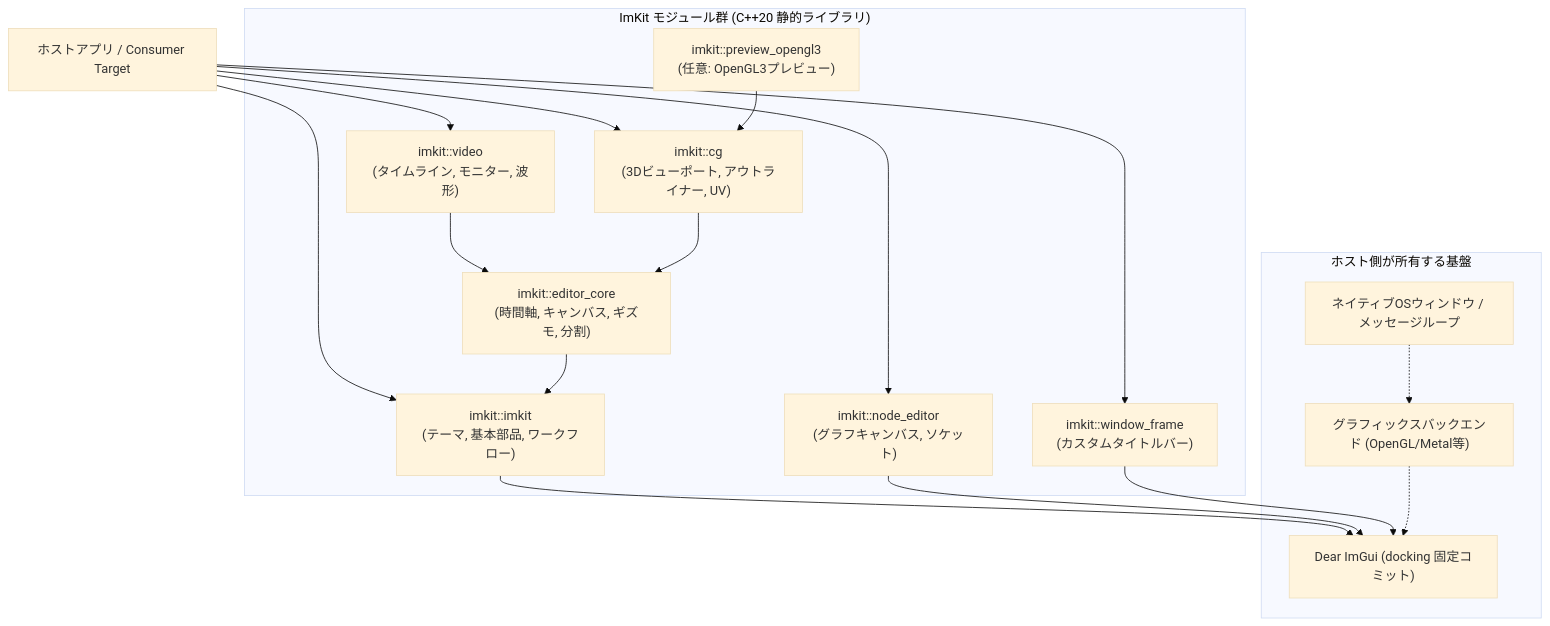
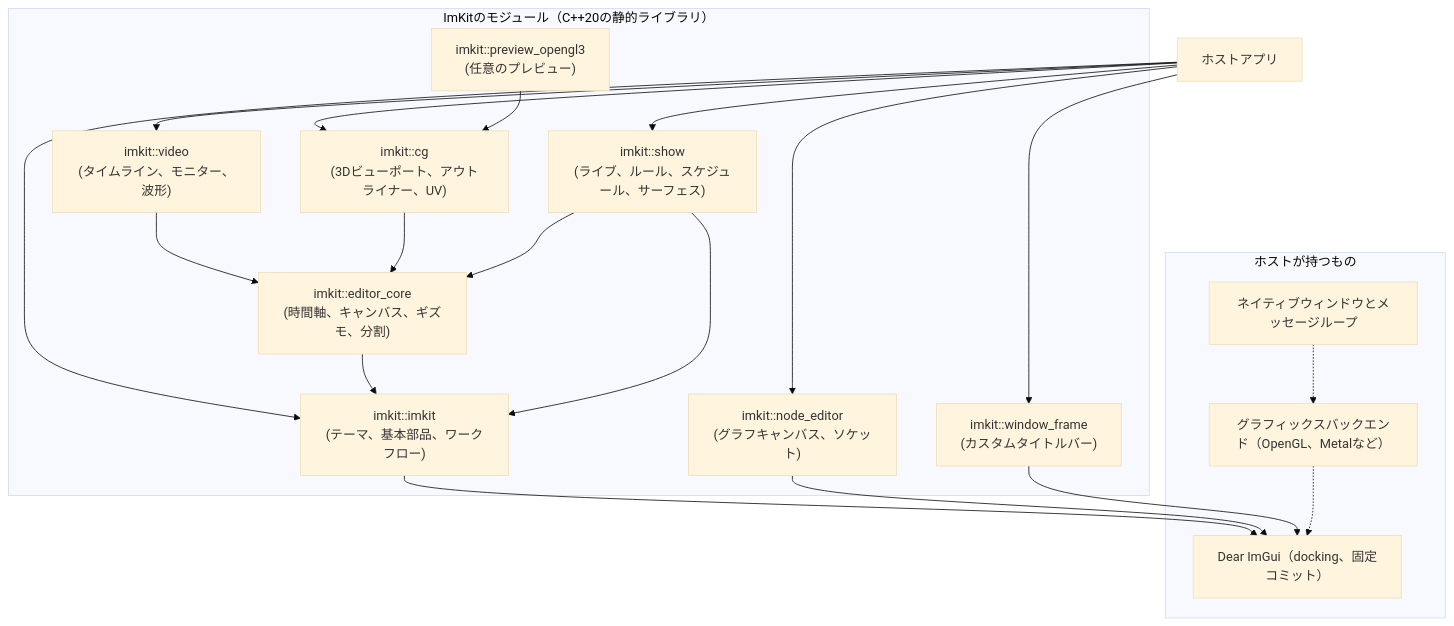
Before and after one commit to AokiMotohide/imgui-modern-kit: the diagram in docs/architecture/アーキテクチャ.md, drawn with Mermaid (base theme). The commit also changed other lines of this file and 122 other files, not shown here.

````diff
--- a/docs/architecture/アーキテクチャ.md
+++ b/docs/architecture/アーキテクチャ.md
@@ -14,37 +11,41 @@
 ```mermaid
 graph TD
-    Consumer["ホストアプリ / Consumer Target"]
+    Consumer["ホストアプリ"]
 
-    subgraph ImKit["ImKit モジュール群 (C++20 静的ライブラリ)"]
-        Core["imkit::imkit<br/>(テーマ, 基本部品, ワークフロー)"]
-        EditorCore["imkit::editor_core<br/>(時間軸, キャンバス, ギズモ, 分割)"]
-        Video["imkit::video<br/>(タイムライン, モニター, 波形)"]
-        CG["imkit::cg<br/>(3Dビューポート, アウトライナー, UV)"]
-        NodeEditor["imkit::node_editor<br/>(グラフキャンバス, ソケット)"]
+    subgraph ImKit["ImKitのモジュール（C++20の静的ライブラリ）"]
+        Core["imkit::imkit<br/>(テーマ、基本部品、ワークフロー)"]
+        EditorCore["imkit::editor_core<br/>(時間軸、キャンバス、ギズモ、分割)"]
+        Video["imkit::video<br/>(タイムライン、モニター、波形)"]
+        CG["imkit::cg<br/>(3Dビューポート、アウトライナー、UV)"]
+        NodeEditor["imkit::node_editor<br/>(グラフキャンバス、ソケット)"]
+        Show["imkit::show<br/>(ライブ、ルール、スケジュール、サーフェス)"]
         WindowFrame["imkit::window_frame<br/>(カスタムタイトルバー)"]
-        PreviewGL["imkit::preview_opengl3<br/>(任意: OpenGL3プレビュー)"]
+        PreviewGL["imkit::preview_opengl3<br/>(任意のプレビュー)"]
     end
 
-    subgraph HostOwned["ホスト側が所有する基盤"]
-        ImGui["Dear ImGui (docking 固定コミット)"]
-        Backend["グラフィックスバックエンド (OpenGL/Metal等)"]
-        OS["ネイティブOSウィンドウ / メッセージループ"]
+    subgraph HostOwned["ホストが持つもの"]
+        ImGui["Dear ImGui（docking、固定コミット）"]
+        Backend["グラフィックスバックエンド（OpenGL、Metalなど）"]
+        OS["ネイティブウィンドウとメッセージループ"]
     end
 
     Consumer --> Core
     Consumer --> NodeEditor
     Consumer --> Video
     Consumer --> CG
+    Consumer --> Show
     Consumer --> WindowFrame
 
     Video --> EditorCore
     CG --> EditorCore
+    Show --> EditorCore
     EditorCore --> Core
+    Show --> Core
     PreviewGL --> CG
 
     Core --> ImGui
     NodeEditor --> ImGui
     WindowFrame --> ImGui
     Backend -.-> ImGui
     OS -.-> Backend
 ```
````
